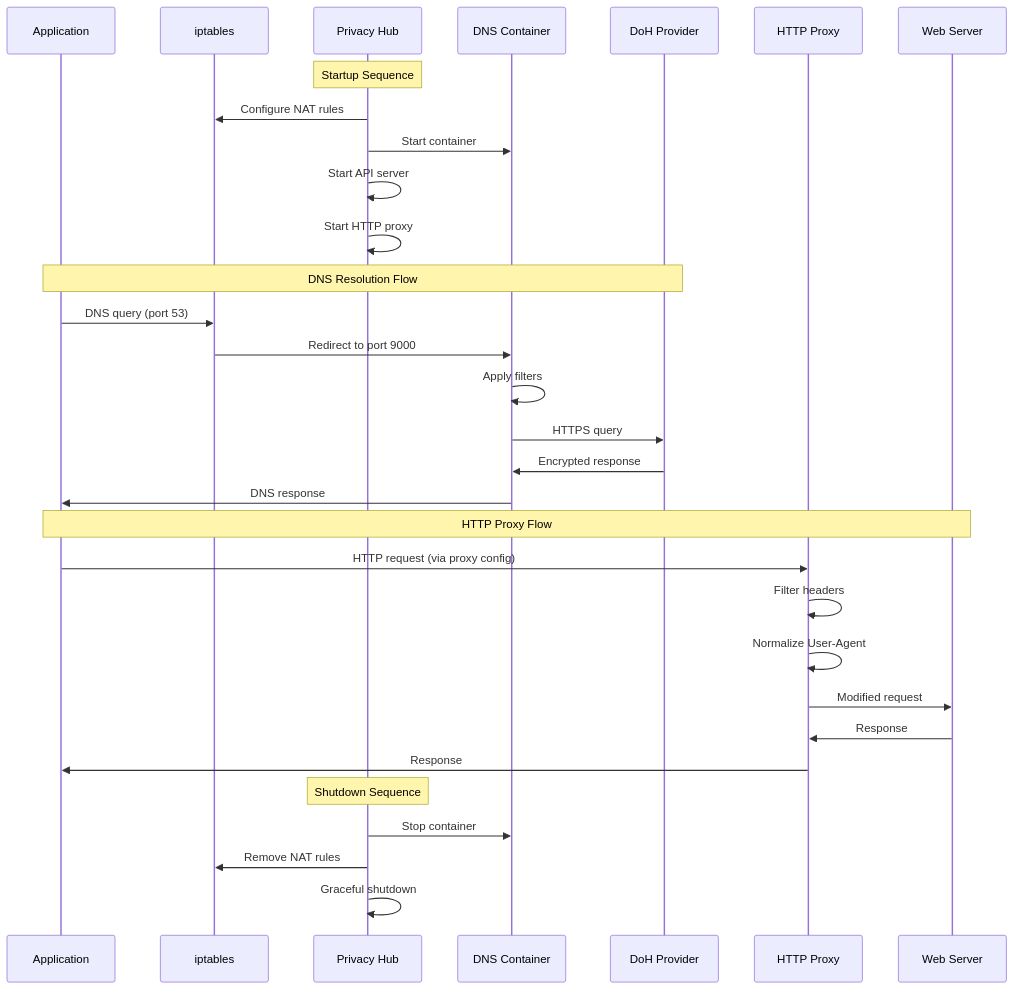
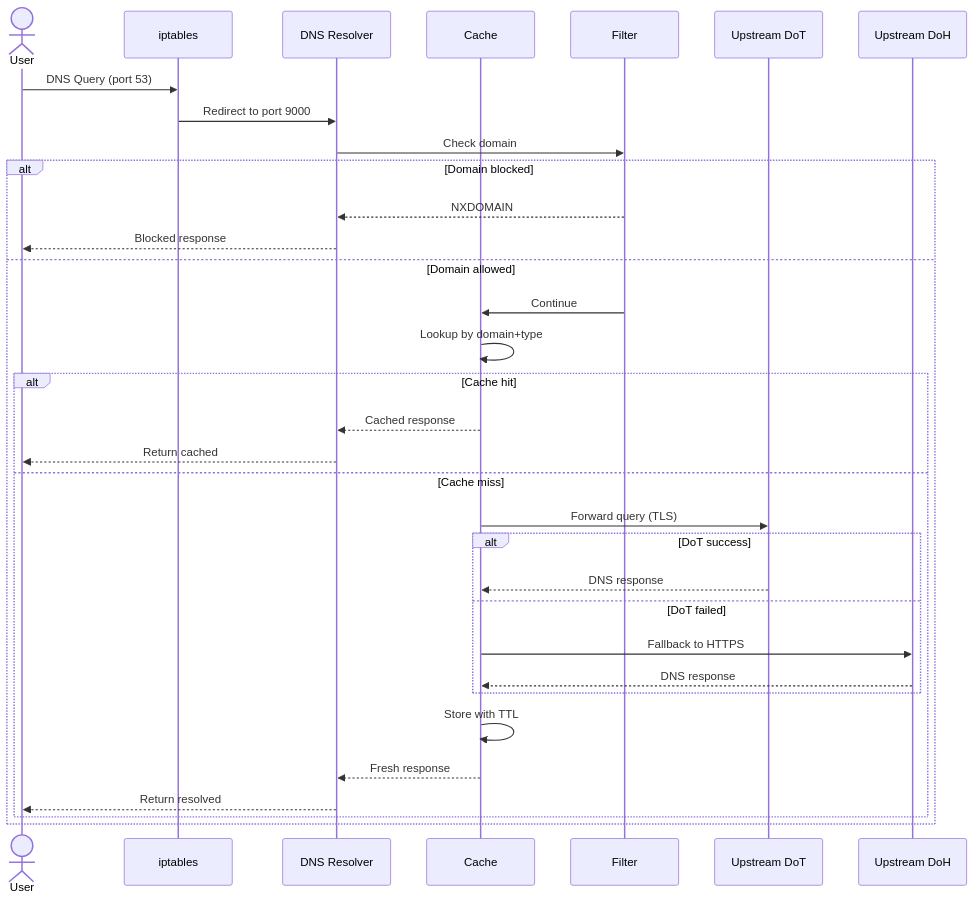
One commit to Roman-Samoilenko/privacy-hub changed the third of 8 diagrams in README.md. Above: the diagram before and after it, drawn with Mermaid. The commit also changed other lines of this file and 2 other files, not shown here.

````diff
--- a/README.md
+++ b/README.md
@@ -113,37 +145,40 @@
 ```mermaid
 sequenceDiagram
-    participant App as Application
+    actor User
     participant IPT as iptables
-    participant Hub as Privacy Hub
-    participant DNS as DNS Container
-    participant DoH as DoH Provider
-    participant Proxy as HTTP Proxy
-    participant Web as Web Server
-
-    Note over Hub: Startup Sequence
-    Hub->>IPT: Configure NAT rules
-    Hub->>DNS: Start container
-    Hub->>Hub: Start API server
-    Hub->>Hub: Start HTTP proxy
+    participant DNS as DNS Resolver
+    participant Cache
+    participant Filter
+    participant DoT as Upstream DoT
+    participant DoH as Upstream DoH
     
-    Note over App,DoH: DNS Resolution Flow
-    App->>IPT: DNS query (port 53)
+    User->>IPT: DNS Query (port 53)
     IPT->>DNS: Redirect to port 9000
-    DNS->>DNS: Apply filters
-    DNS->>DoH: HTTPS query
-    DoH->>DNS: Encrypted response
-    DNS->>App: DNS response
     
-    Note over App,Web: HTTP Proxy Flow
-    App->>Proxy: HTTP request (via proxy config)
-    Proxy->>Proxy: Filter headers
-    Proxy->>Proxy: Normalize User-Agent
-    Proxy->>Web: Modified request
-    Web->>Proxy: Response
-    Proxy->>App: Response
-    
-    Note over Hub: Shutdown Sequence
-    Hub->>DNS: Stop container
-    Hub->>IPT: Remove NAT rules
-    Hub->>Hub: Graceful shutdown
+    DNS->>Filter: Check domain
+    alt Domain blocked
+        Filter-->>DNS: NXDOMAIN
+        DNS-->>User: Blocked response
+    else Domain allowed
+        Filter->>Cache: Continue
+        Cache->>Cache: Lookup by domain+type
+        
+        alt Cache hit
+            Cache-->>DNS: Cached response
+            DNS-->>User: Return cached
+        else Cache miss
+            Cache->>DoT: Forward query (TLS)
+            
+            alt DoT success
+                DoT-->>Cache: DNS response
+            else DoT failed
+                Cache->>DoH: Fallback to HTTPS
+                DoH-->>Cache: DNS response
+            end
+            
+            Cache->>Cache: Store with TTL
+            Cache-->>DNS: Fresh response
+            DNS-->>User: Return resolved
+        end
+    end
 ```
````
